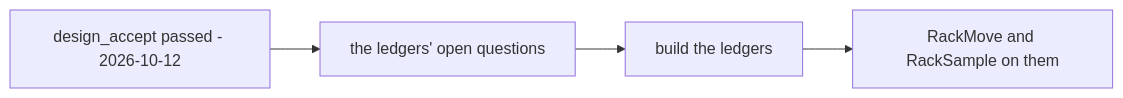
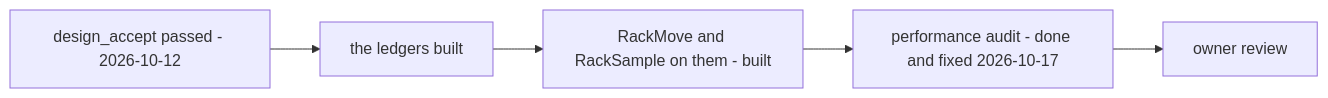
One commit to pdcgo/warehouse_revamp changed the diagram in docs/development_state/inventory/placement.md. Above: the diagram before and after it, drawn with Mermaid. The commit also changed other lines of this file and 313 other files, not shown here.

````diff
--- a/docs/development_state/inventory/placement.md
+++ b/docs/development_state/inventory/placement.md
@@ -15,6 +14,7 @@
 ```mermaid
 flowchart LR
-  A["design_accept passed - 2026-10-12"] --> Q["the ledgers' open questions"]
-  Q --> L["build the ledgers"]
-  L --> M["RackMove and RackSample on them"]
+  A["design_accept passed - 2026-10-12"] --> L["the ledgers built"]
+  L --> M["RackMove and RackSample on them - built"]
+  M --> P["performance audit - done and fixed 2026-10-17"]
+  P --> R["owner review"]
 ```
````
